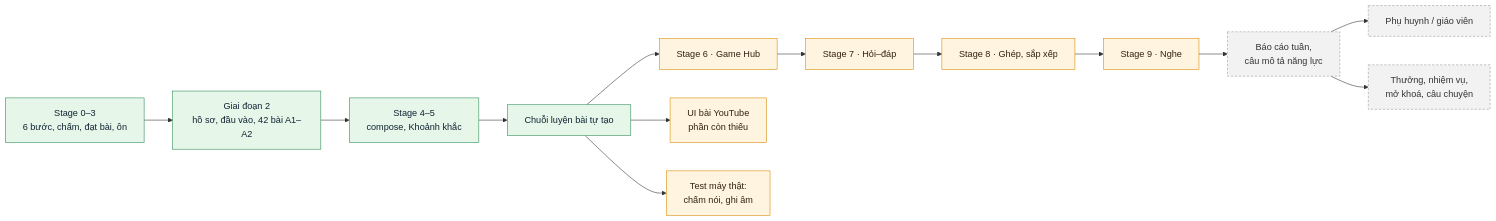
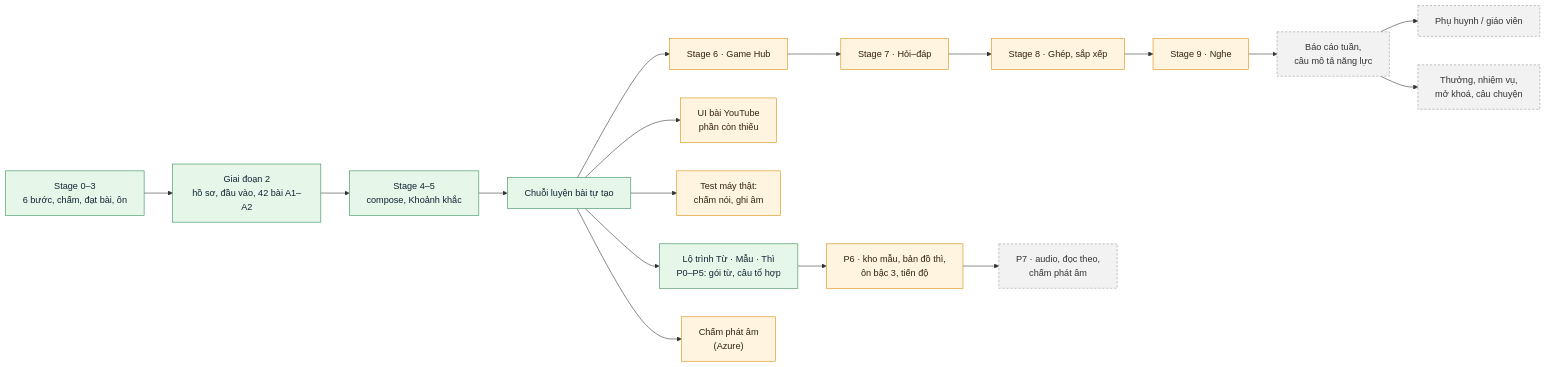
Before and after one commit to hnhatr/LingoBites-App: the ninth of 9 diagrams in docs/architecture/lesson-design.md, drawn with Mermaid. The commit also changed other lines of this file and 35 other files, not shown here.

````diff
--- a/docs/architecture/lesson-design.md
+++ b/docs/architecture/lesson-design.md
@@ -282,19 +282,23 @@
 ```mermaid
 flowchart LR
   classDef done fill:#e6f7ea,stroke:#2e8b57,color:#123
   classDef next fill:#fff4e0,stroke:#d98b00,color:#321
   classDef idea fill:#f2f2f2,stroke:#999,color:#333,stroke-dasharray:4 3
 
   D1["Stage 0–3<br/>6 bước, chấm, đạt bài, ôn"]:::done --> D2["Giai đoạn 2<br/>hồ sơ, đầu vào, 42 bài A1–A2"]:::done
   D2 --> D3["Stage 4–5<br/>compose, Khoảnh khắc"]:::done
   D3 --> D4["Chuỗi luyện bài tự tạo"]:::done
   D4 --> N1["Stage 6 · Game Hub"]:::next
   N1 --> N2["Stage 7 · Hỏi–đáp"]:::next
   N2 --> N3["Stage 8 · Ghép, sắp xếp"]:::next
   N3 --> N4["Stage 9 · Nghe"]:::next
   D4 --> N5["UI bài YouTube<br/>phần còn thiếu"]:::next
   D4 --> N6["Test máy thật:<br/>chấm nói, ghi âm"]:::next
+  D4 --> V1["Lộ trình Từ · Mẫu · Thì<br/>P0–P5: gói từ, câu tổ hợp"]:::done
+  V1 --> V2["P6 · kho mẫu, bản đồ thì,<br/>ôn bậc 3, tiến độ"]:::next
+  V2 --> V3["P7 · audio, đọc theo,<br/>chấm phát âm"]:::idea
+  D4 --> N7["Chấm phát âm<br/>(Azure)"]:::next
   N4 --> I1["Báo cáo tuần,<br/>câu mô tả năng lực"]:::idea
   I1 --> I2["Phụ huynh / giáo viên"]:::idea
   I1 --> I3["Thưởng, nhiệm vụ,<br/>mở khoá, câu chuyện"]:::idea
 ```
````
